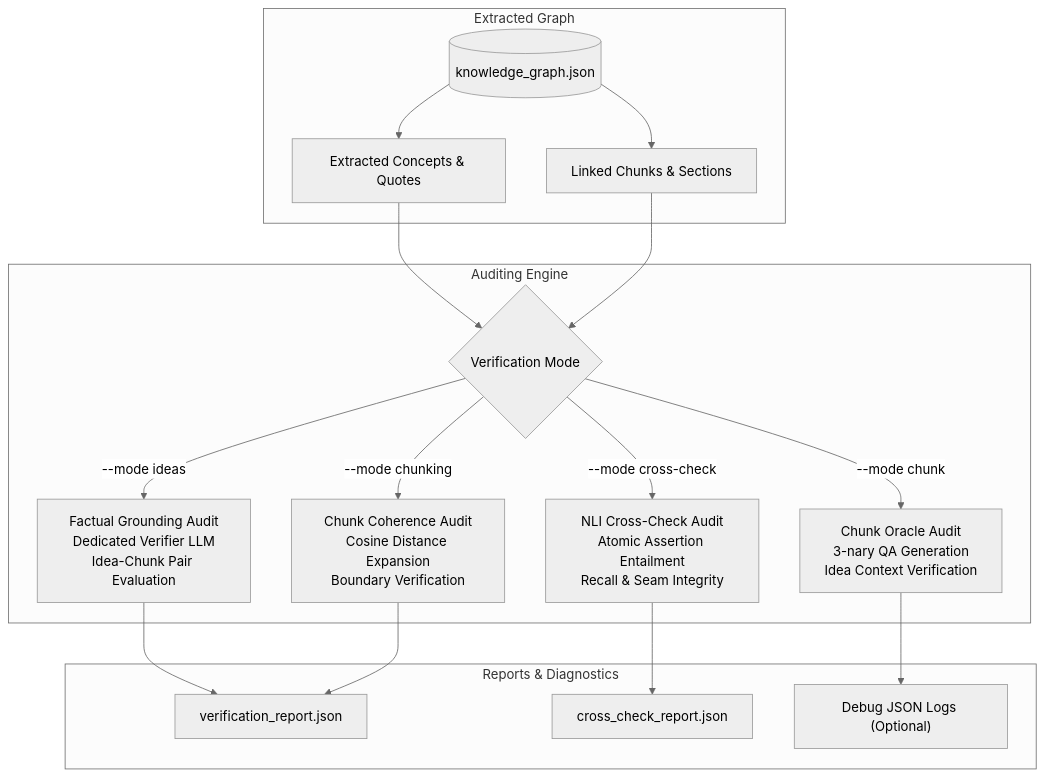
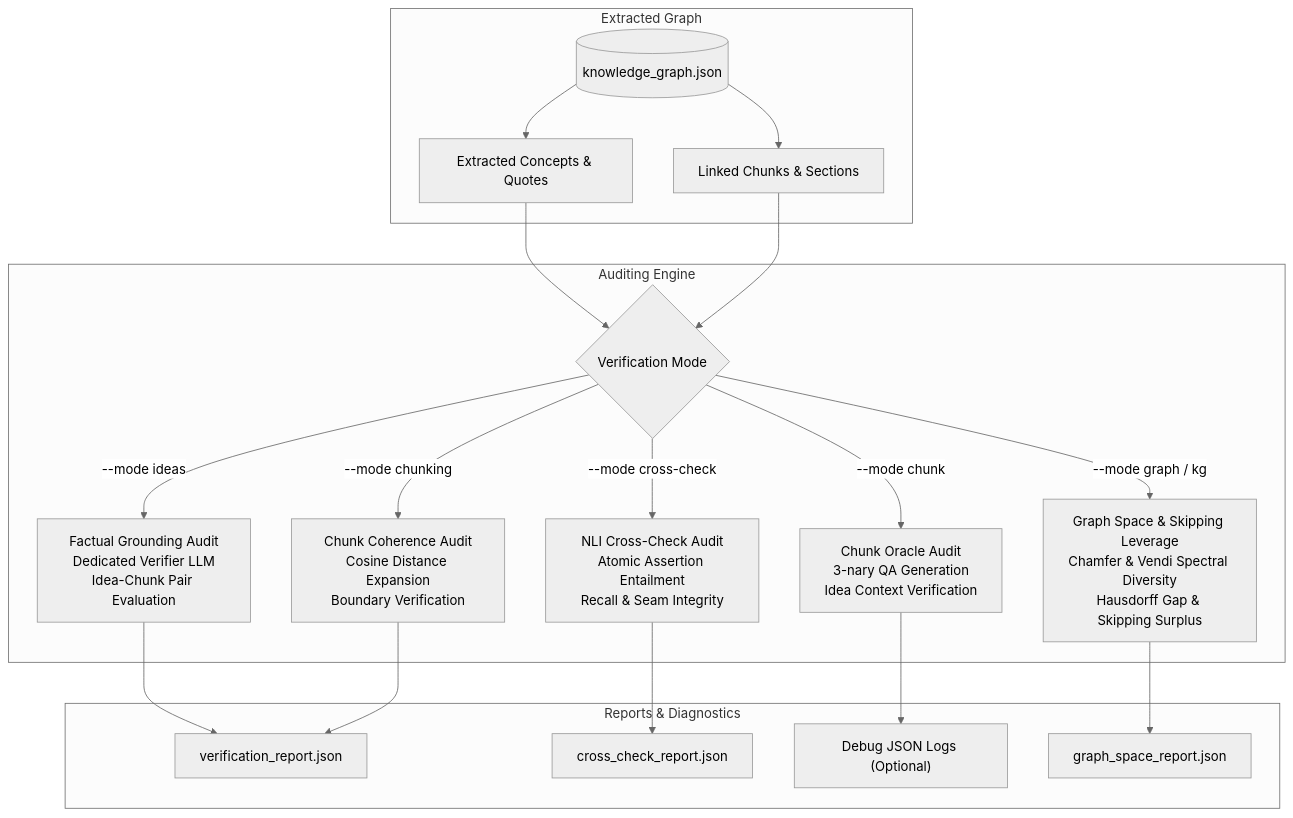
The diagram in docs/verification.md (Sergsw74/bookeeper), drawn with Mermaid (neutral theme) before and after one commit. The commit also changed other lines of this file and 3 other files, not shown here.

Commit message:
docs: document graph space verification, 10gb memory guard, live ab progress, and ctrl+c handling

````diff
--- a/docs/verification.md
+++ b/docs/verification.md
@@ -27,23 +29,25 @@
 ```mermaid
 flowchart TD
     subgraph KnowledgeGraph ["Extracted Graph"]
         A[("knowledge_graph.json")] --> B["Extracted Concepts & Quotes"]
         A --> C["Linked Chunks & Sections"]
     end
 
     subgraph VerifierEngine ["Auditing Engine"]
         B --> D{"Verification Mode"}
         C --> D
         D -->|--mode ideas| E["Factual Grounding Audit\nDedicated Verifier LLM\nIdea-Chunk Pair Evaluation"]
         D -->|--mode chunking| F["Chunk Coherence Audit\nCosine Distance Expansion\nBoundary Verification"]
         D -->|--mode cross-check| G["NLI Cross-Check Audit\nAtomic Assertion Entailment\nRecall & Seam Integrity"]
         D -->|--mode chunk| H["Chunk Oracle Audit\n3-nary QA Generation\nIdea Context Verification"]
+        D -->|--mode graph / kg| L["Graph Space & Skipping Leverage\nChamfer & Vendi Spectral Diversity\nHausdorff Gap & Skipping Surplus"]
     end
 
     subgraph Outputs ["Reports & Diagnostics"]
         E --> I["verification_report.json"]
         F --> I
         G --> J["cross_check_report.json"]
         H --> K["Debug JSON Logs (Optional)"]
+        L --> M["graph_space_report.json"]
     end
 ```
````
